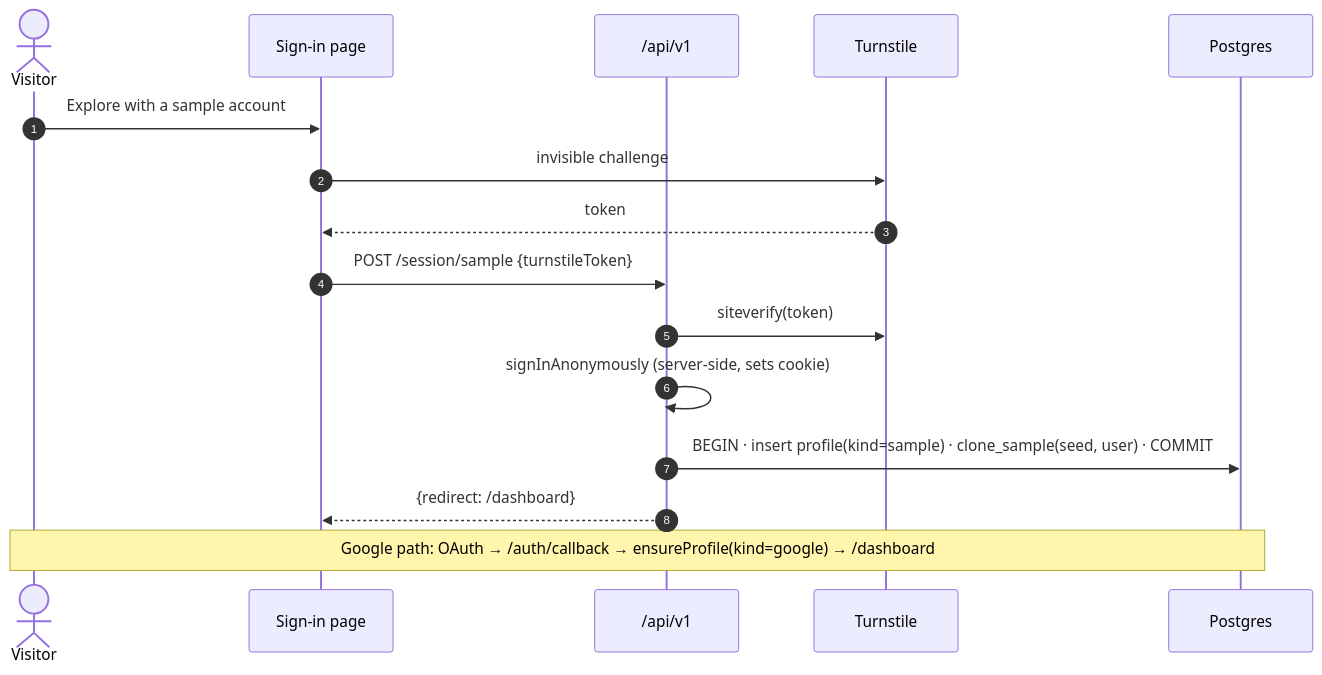
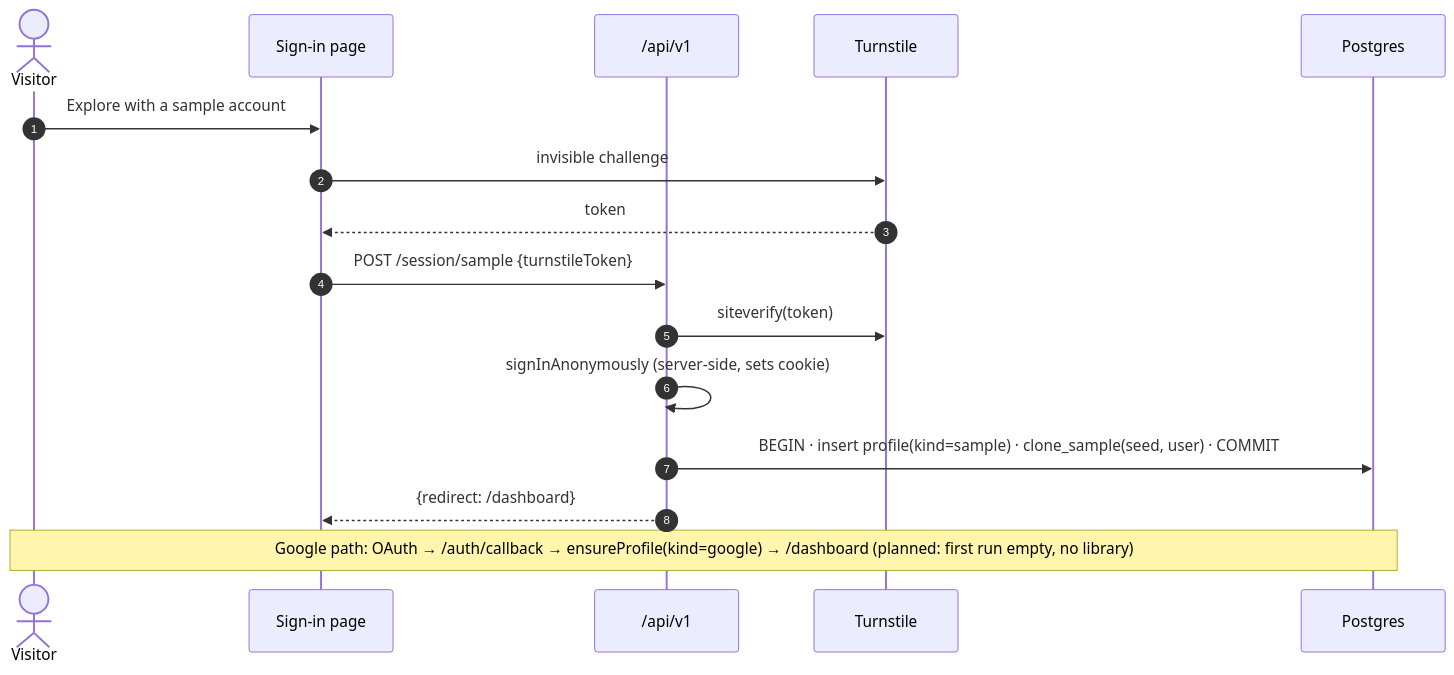
One commit to adamchok/Lectheo changed the second of 6 diagrams in docs/Lectheo Architecture.md. Above: the diagram before and after it, drawn with Mermaid. The commit also changed other lines of this file and 10 other files, not shown here.

````diff
--- a/docs/Lectheo Architecture.md
+++ b/docs/Lectheo Architecture.md
@@ -132,19 +135,19 @@
 ```mermaid
 sequenceDiagram
     autonumber
     actor V as Visitor
     participant UI as Sign-in page
     participant API as /api/v1
     participant TS as Turnstile
     participant DB as Postgres
 
     V->>UI: Explore with a sample account
     UI->>TS: invisible challenge
     TS-->>UI: token
     UI->>API: POST /session/sample {turnstileToken}
     API->>TS: siteverify(token)
     API->>API: signInAnonymously (server-side, sets cookie)
     API->>DB: BEGIN · insert profile(kind=sample) · clone_sample(seed, user) · COMMIT
     API-->>UI: {redirect: /dashboard}
-    Note over V,DB: Google path: OAuth → /auth/callback → ensureProfile(kind=google) → /dashboard
+    Note over V,DB: Google path: OAuth → /auth/callback → ensureProfile(kind=google) → /dashboard (planned: first run empty, no library)
 ```
````
